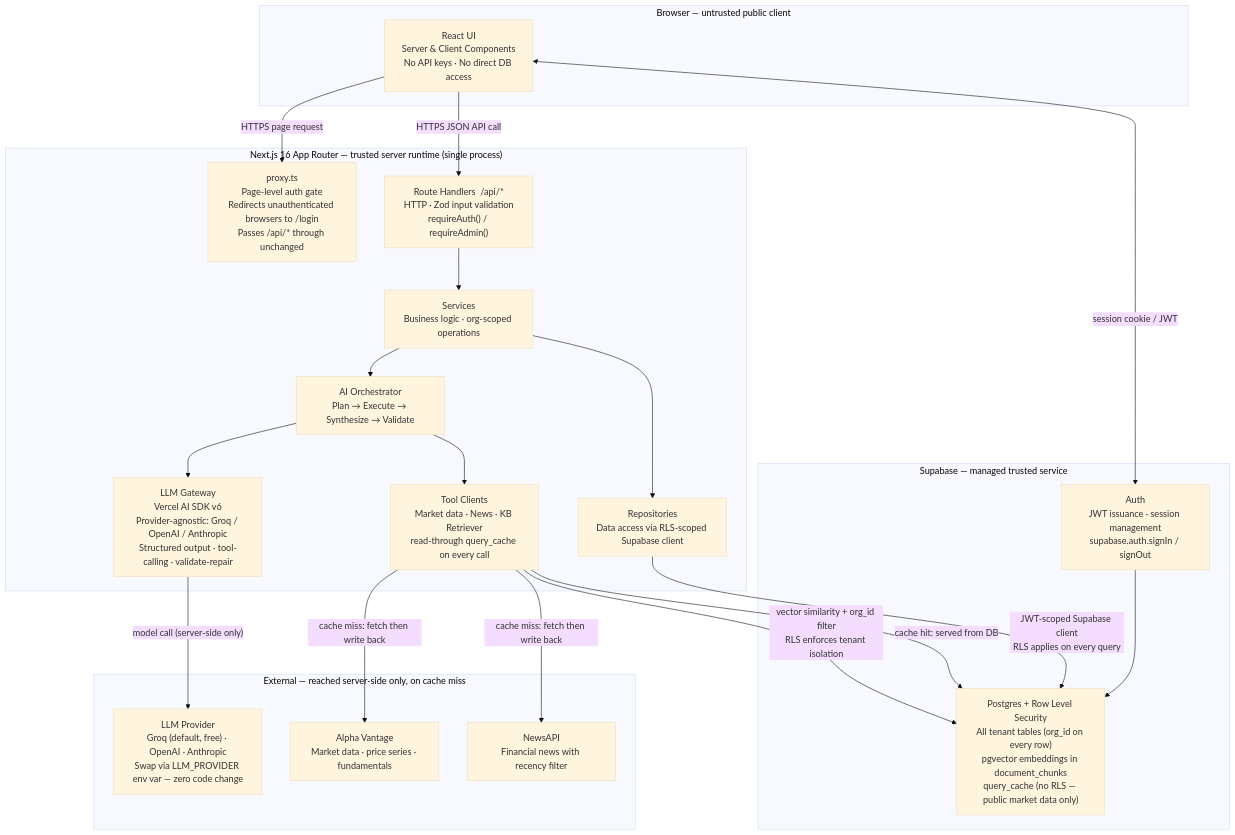
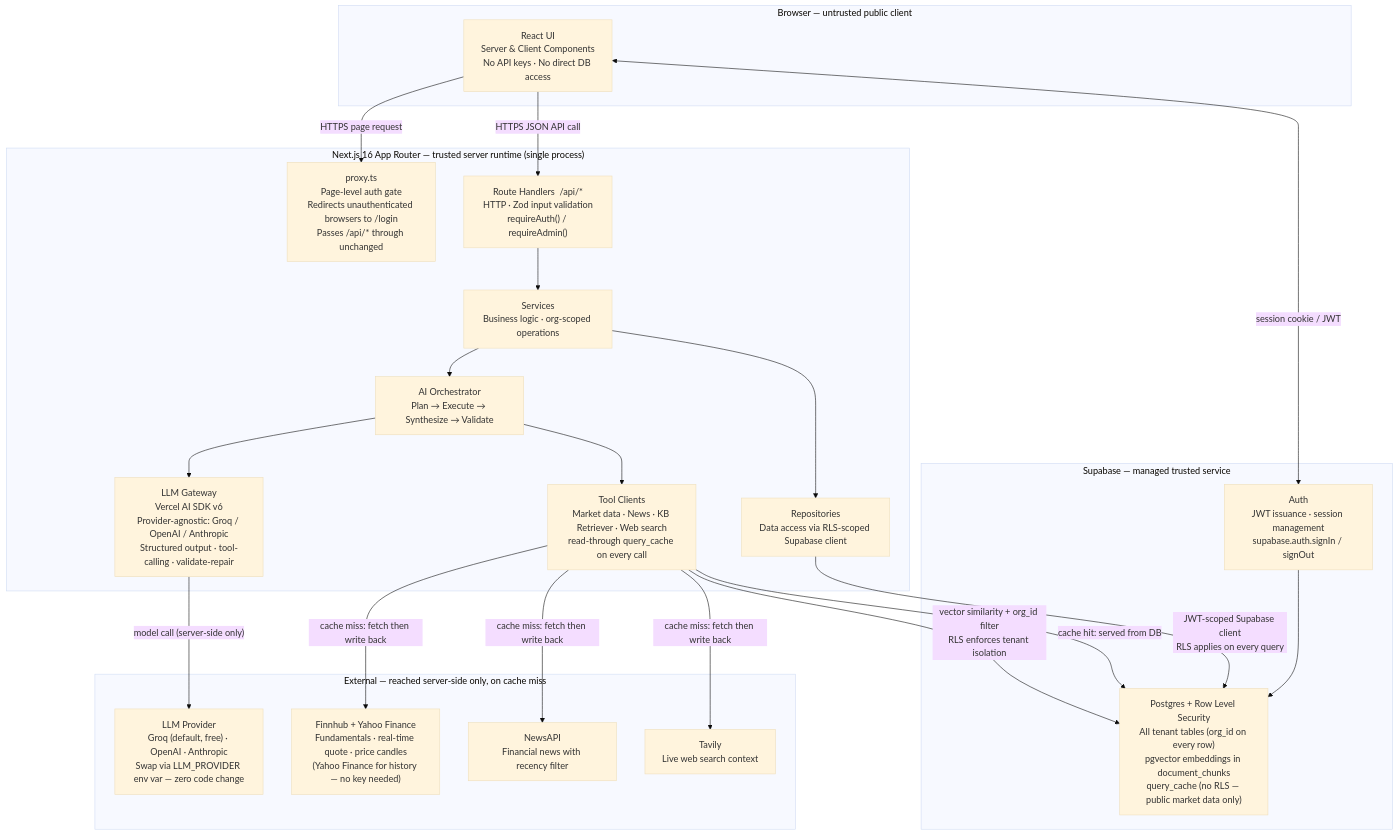
One commit to shubh0614/Investment-Research-Dashboard changed the first of 5 diagrams in ARCHITECTURE.md. Above: the diagram before and after it, drawn with Mermaid (base theme). The commit also changed other lines of this file and 2 other files, not shown here.

First line of the commit message:
docs: sync ARCHITECTURE, DECISIONS, README with current implementation

````diff
--- a/ARCHITECTURE.md
+++ b/ARCHITECTURE.md
@@ -11,43 +11,45 @@
 ```mermaid
 graph TB
     subgraph browser ["Browser — untrusted public client"]
         UI["React UI\nServer & Client Components\nNo API keys · No direct DB access"]
     end
 
     subgraph nextjs ["Next.js 16 App Router — trusted server runtime (single process)"]
         PROXY["proxy.ts\nPage-level auth gate\nRedirects unauthenticated browsers to /login\nPasses /api/* through unchanged"]
         API["Route Handlers  /api/*\nHTTP · Zod input validation\nrequireAuth() / requireAdmin()"]
         SVCS["Services\nBusiness logic · org-scoped operations"]
         REPOS["Repositories\nData access via RLS-scoped Supabase client"]
         ORCH["AI Orchestrator\nPlan → Execute → Synthesize → Validate"]
-        TC["Tool Clients\nMarket data · News · KB Retriever\nread-through query_cache on every call"]
+        TC["Tool Clients\nMarket data · News · KB Retriever · Web search\nread-through query_cache on every call"]
         GW["LLM Gateway\nVercel AI SDK v6\nProvider-agnostic: Groq / OpenAI / Anthropic\nStructured output · tool-calling · validate-repair"]
     end
 
     subgraph supabase ["Supabase — managed trusted service"]
         SB_AUTH["Auth\nJWT issuance · session management\nsupabase.auth.signIn / signOut"]
         PG["Postgres + Row Level Security\nAll tenant tables (org_id on every row)\npgvector embeddings in document_chunks\nquery_cache (no RLS — public market data only)"]
     end
 
     subgraph external ["External — reached server-side only, on cache miss"]
         LLM_P["LLM Provider\nGroq (default, free) · OpenAI · Anthropic\nSwap via LLM_PROVIDER env var — zero code change"]
-        MKTAPI["Alpha Vantage\nMarket data · price series · fundamentals"]
+        MKTAPI["Finnhub + Yahoo Finance\nFundamentals · real-time quote · price candles\n(Yahoo Finance for history — no key needed)"]
         NEWSAPI["NewsAPI\nFinancial news with recency filter"]
+        WEBAPI["Tavily\nLive web search context"]
     end
 
     UI -->|"HTTPS page request"| PROXY
     UI -->|"HTTPS JSON API call"| API
     UI <-->|"session cookie / JWT"| SB_AUTH
     SB_AUTH --> PG
     API --> SVCS
     SVCS --> REPOS
     SVCS --> ORCH
     REPOS -->|"JWT-scoped Supabase client\nRLS applies on every query"| PG
     ORCH --> GW
     ORCH --> TC
     TC -->|"cache hit: served from DB"| PG
     TC -->|"cache miss: fetch then write back"| MKTAPI
     TC -->|"cache miss: fetch then write back"| NEWSAPI
+    TC -->|"cache miss: fetch then write back"| WEBAPI
     TC -->|"vector similarity + org_id filter\nRLS enforces tenant isolation"| PG
     GW -->|"model call (server-side only)"| LLM_P
 ```
````
